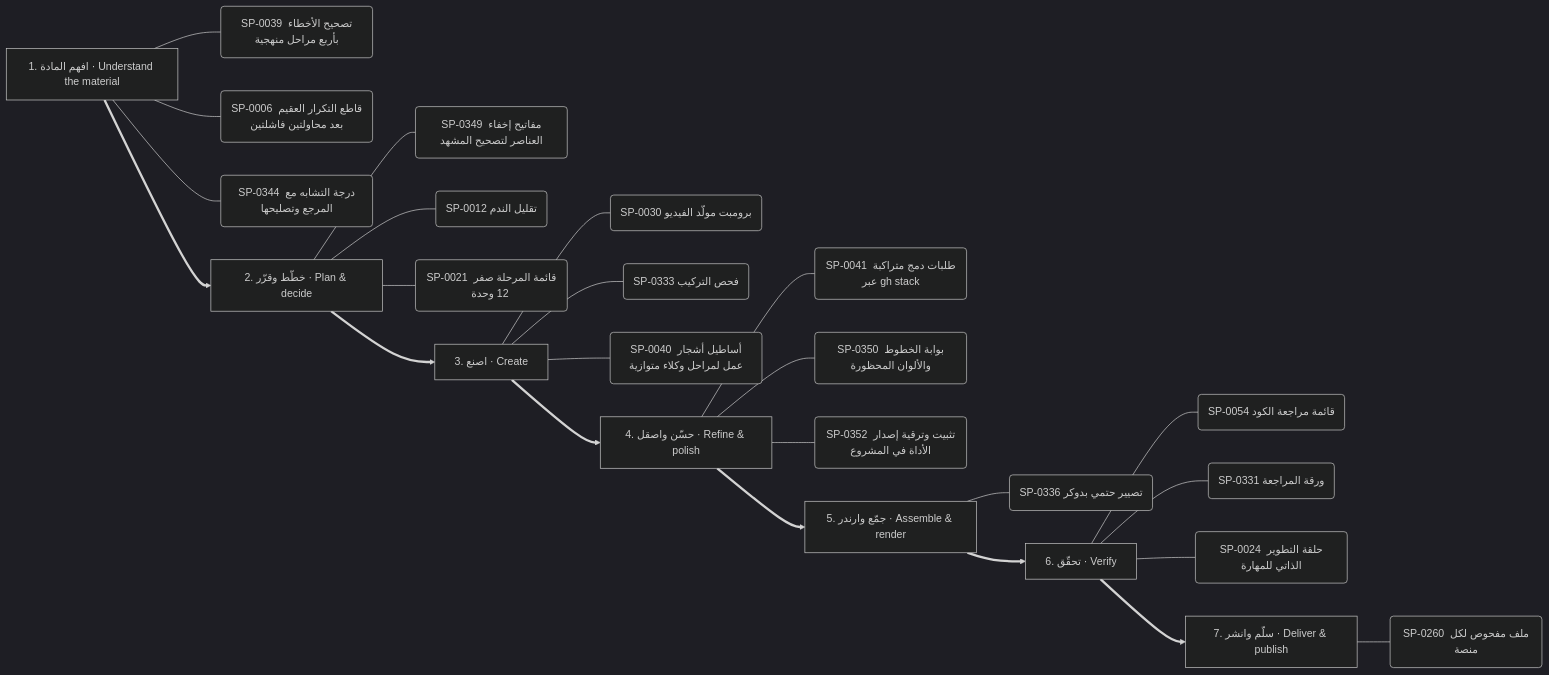
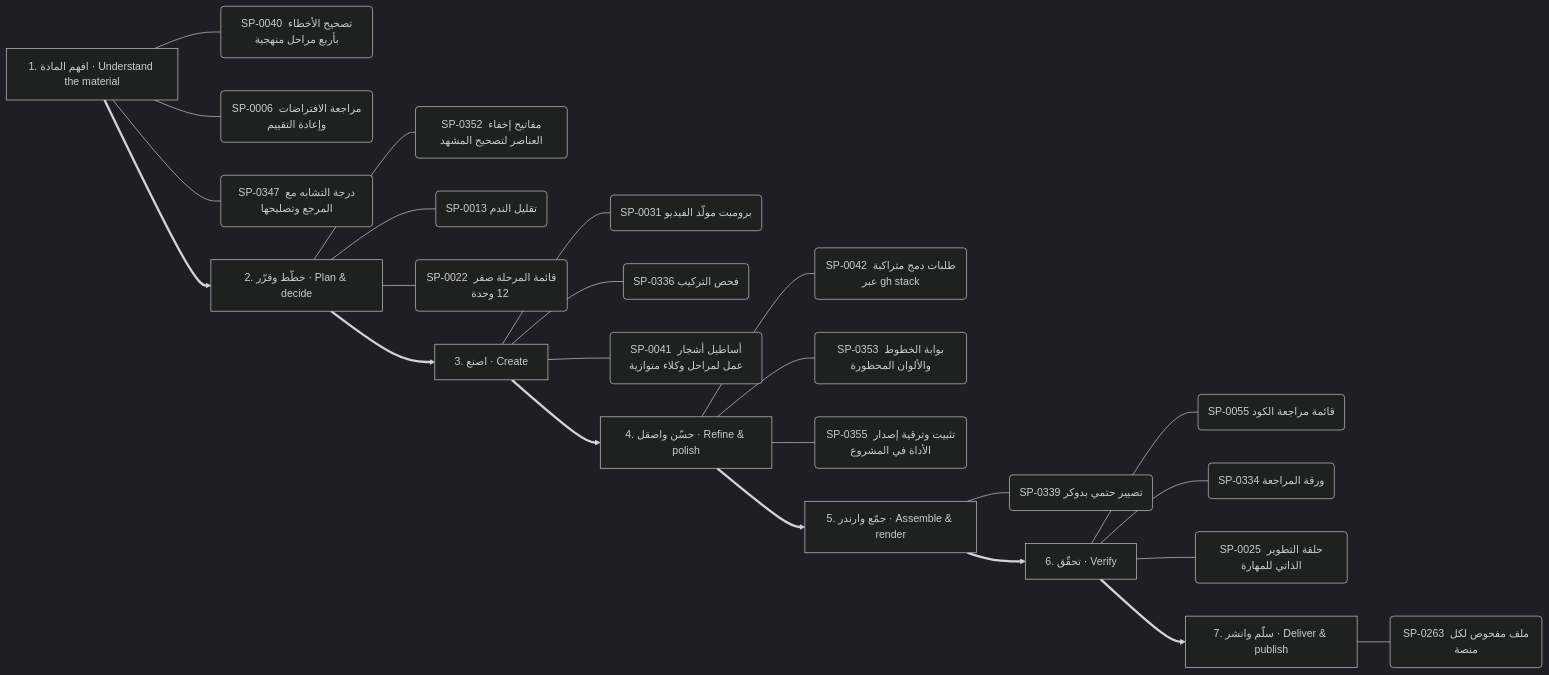
The tenth of 13 diagrams in .claude/skills/kosif-superpowers/references/capability-mindmap.md (kosif199022-jpg/kosif-tool), drawn with Mermaid (dark theme) before and after one commit. The commit also changed other lines of this file and 37 other files, not shown here.

````diff
--- a/.claude/skills/kosif-superpowers/references/capability-mindmap.md
+++ b/.claude/skills/kosif-superpowers/references/capability-mindmap.md
@@ -498,33 +499,33 @@
 ```mermaid
 flowchart LR
   S0["1. افهم المادة · Understand the material"]
-  S0 --- S0_0("SP-0039 تصحيح الأخطاء بأربع مراحل منهجية")
-  S0 --- S0_1("SP-0006 قاطع التكرار العقيم بعد محاولتين فاشلتين")
-  S0 --- S0_2("SP-0344 درجة التشابه مع المرجع وتصليحها")
+  S0 --- S0_0("SP-0040 تصحيح الأخطاء بأربع مراحل منهجية")
+  S0 --- S0_1("SP-0006 مراجعة الافتراضات وإعادة التقييم")
+  S0 --- S0_2("SP-0347 درجة التشابه مع المرجع وتصليحها")
   S1["2. خطّط وقرّر · Plan & decide"]
-  S1 --- S1_0("SP-0349 مفاتيح إخفاء العناصر لتصحيح المشهد")
-  S1 --- S1_1("SP-0012 تقليل الندم")
-  S1 --- S1_2("SP-0021 قائمة المرحلة صفر  12 وحدة ")
+  S1 --- S1_0("SP-0352 مفاتيح إخفاء العناصر لتصحيح المشهد")
+  S1 --- S1_1("SP-0013 تقليل الندم")
+  S1 --- S1_2("SP-0022 قائمة المرحلة صفر  12 وحدة ")
   S0 ==> S1
   S2["3. اصنع · Create"]
-  S2 --- S2_0("SP-0030 برومبت مولّد الفيديو")
-  S2 --- S2_1("SP-0333 فحص التركيب")
-  S2 --- S2_2("SP-0040 أساطيل أشجار عمل لمراحل وكلاء متوازية")
+  S2 --- S2_0("SP-0031 برومبت مولّد الفيديو")
+  S2 --- S2_1("SP-0336 فحص التركيب")
+  S2 --- S2_2("SP-0041 أساطيل أشجار عمل لمراحل وكلاء متوازية")
   S1 ==> S2
   S3["4. حسّن واصقل · Refine & polish"]
-  S3 --- S3_0("SP-0041 طلبات دمج متراكبة عبر gh stack")
-  S3 --- S3_1("SP-0350 بوابة الخطوط والألوان المحظورة")
-  S3 --- S3_2("SP-0352 تثبيت وترقية إصدار الأداة في المشروع")
+  S3 --- S3_0("SP-0042 طلبات دمج متراكبة عبر gh stack")
+  S3 --- S3_1("SP-0353 بوابة الخطوط والألوان المحظورة")
+  S3 --- S3_2("SP-0355 تثبيت وترقية إصدار الأداة في المشروع")
   S2 ==> S3
   S4["5. جمّع وارندر · Assemble & render"]
-  S4 --- S4_0("SP-0336 تصيير حتمي بدوكر")
+  S4 --- S4_0("SP-0339 تصيير حتمي بدوكر")
   S3 ==> S4
   S5["6. تحقّق · Verify"]
-  S5 --- S5_0("SP-0054 قائمة مراجعة الكود")
-  S5 --- S5_1("SP-0331 ورقة المراجعة")
-  S5 --- S5_2("SP-0024 حلقة التطوير الذاتي للمهارة")
+  S5 --- S5_0("SP-0055 قائمة مراجعة الكود")
+  S5 --- S5_1("SP-0334 ورقة المراجعة")
+  S5 --- S5_2("SP-0025 حلقة التطوير الذاتي للمهارة")
   S4 ==> S5
   S6["7. سلّم وانشر · Deliver & publish"]
-  S6 --- S6_0("SP-0260 ملف مفحوص لكل منصة")
+  S6 --- S6_0("SP-0263 ملف مفحوص لكل منصة")
   S5 ==> S6
 ```
````
